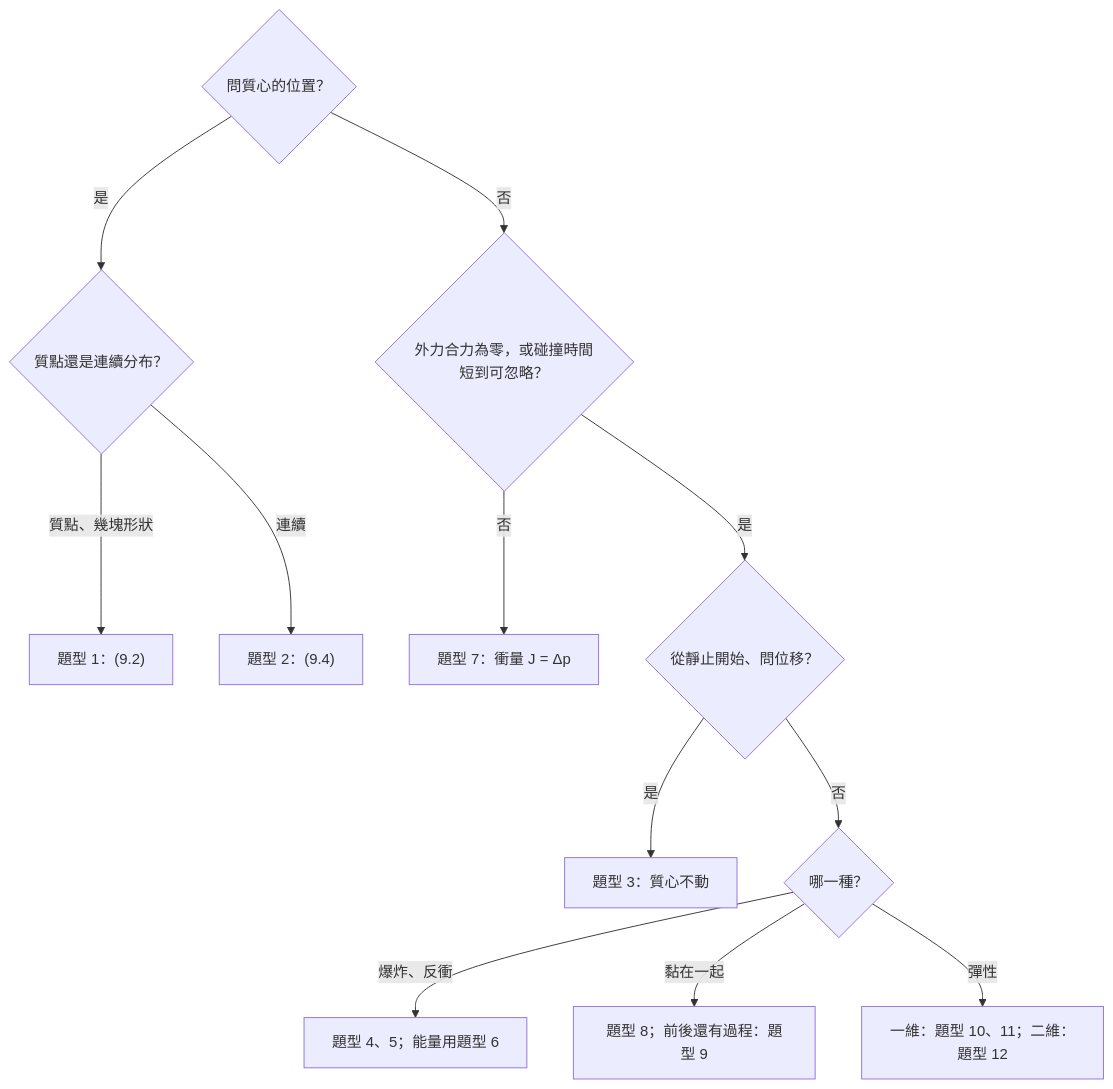
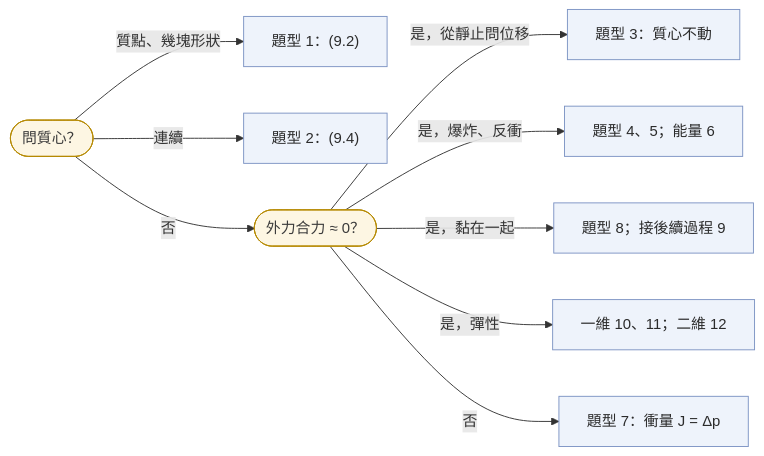
The second of 2 diagrams in 大學/課程/Physics/PHY1 General Physics I/Summaries/PHY1 Ch9 Summary.md (T0nytsu/T0ny_vault), drawn with Mermaid before and after one commit. The commit also changed other lines of this file and 1 other file, not shown here.

Commit message:
vault backup: 2026-10-22 00:22:59

````diff
--- a/大學/課程/Physics/PHY1 General Physics I/Summaries/PHY1 Ch9 Summary.md
+++ b/大學/課程/Physics/PHY1 General Physics I/Summaries/PHY1 Ch9 Summary.md
@@ -304,14 +304,15 @@
 ```mermaid
-flowchart TD
-  Q{"問質心的位置？"} -->|是| D{"質點還是連續分布？"}
-  D -->|質點、幾塊形狀| T1["題型 1：(9.2)"]
-  D -->|連續| T2["題型 2：(9.4)"]
-  Q -->|否| E{"外力合力為零，或碰撞時間短到可忽略？"}
+flowchart LR
+  Q(["問質心？"]) -->|質點、幾塊形狀| T1["題型 1：(9.2)"]
+  Q -->|連續| T2["題型 2：(9.4)"]
+  Q -->|否| E(["外力合力 ≈ 0？"])
+  E -->|是，從靜止問位移| T3["題型 3：質心不動"]
+  E -->|是，爆炸、反衝| T4["題型 4、5；能量 6"]
+  E -->|是，黏在一起| T8["題型 8；接後續過程 9"]
+  E -->|是，彈性| T10["一維 10、11；二維 12"]
   E -->|否| T7["題型 7：衝量 J = Δp"]
-  E -->|是| R{"從靜止開始、問位移？"}
-  R -->|是| T3["題型 3：質心不動"]
-  R -->|否| C{"哪一種？"}
-  C -->|爆炸、反衝| T4["題型 4、5；能量用題型 6"]
-  C -->|黏在一起| T8["題型 8；前後還有過程：題型 9"]
-  C -->|彈性| T10["一維：題型 10、11；二維：題型 12"]
+  classDef ask fill:#fdf6e3,stroke:#b58900,color:#3b3b3b
+  classDef type fill:#eef3fb,stroke:#7c93c3,color:#2b2b2b
+  class Q,E ask
+  class T1,T2,T3,T4,T8,T10,T7 type
 ```
````
